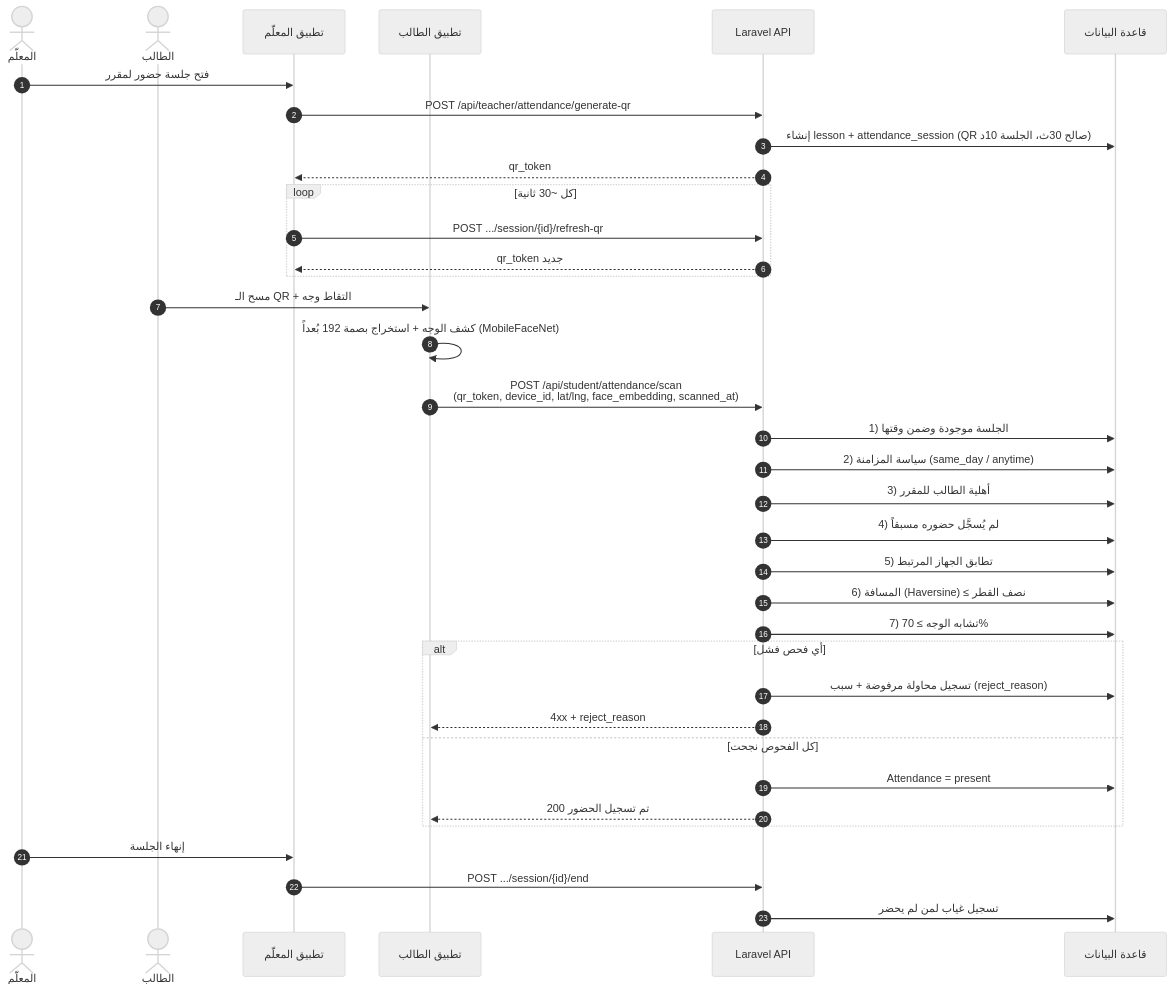
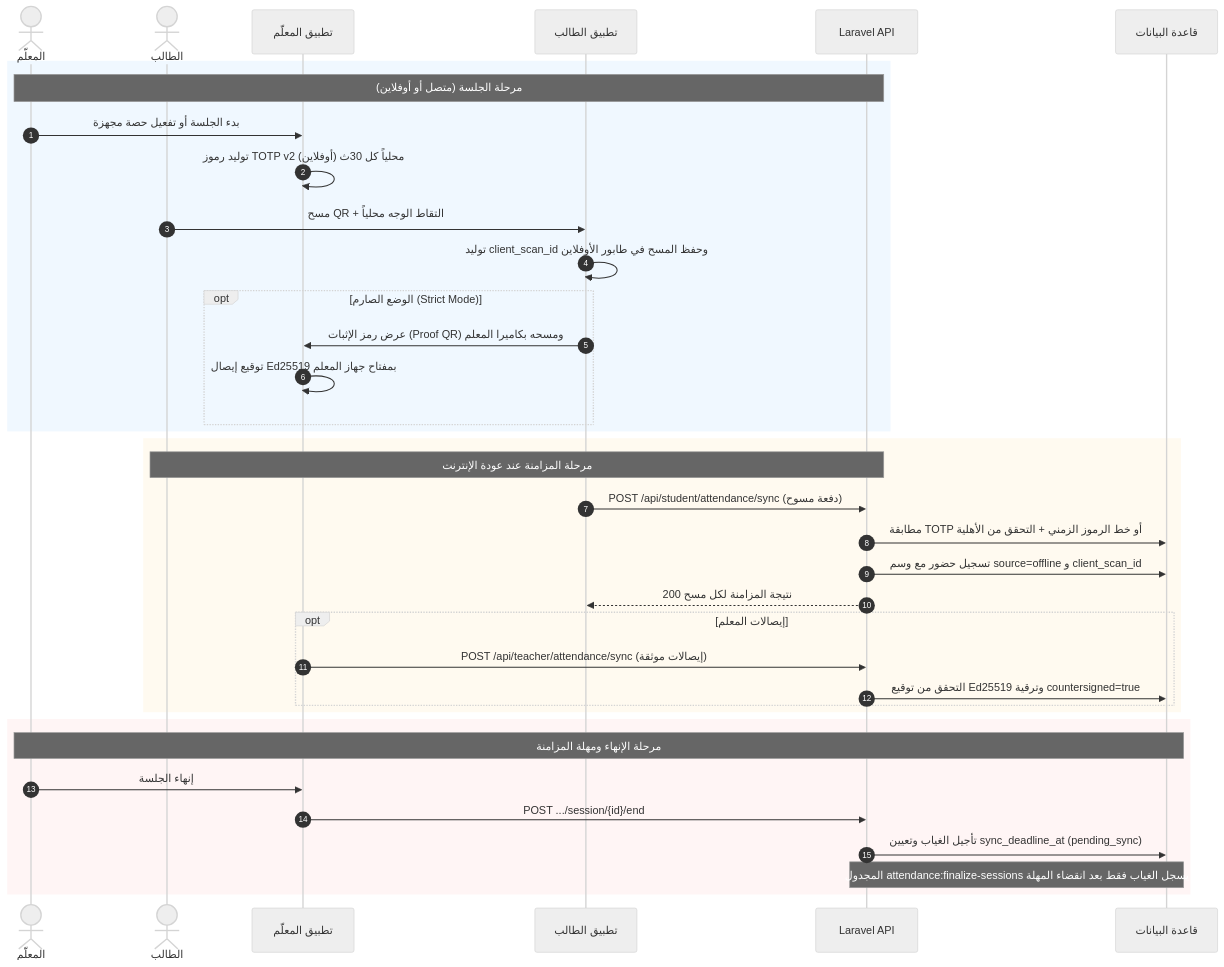
One commit to majdoulee2006/edu_bridge_backend changed the third of 7 diagrams in docs/ar/05-key-flows.md. Above: the diagram before and after it, drawn with Mermaid (neutral theme). The commit also changed other lines of this file and 2 other files, not shown here.

Commit message:
docs(attendance): document offline attendance architecture and security flows

````diff
--- a/docs/ar/05-key-flows.md
+++ b/docs/ar/05-key-flows.md
@@ -67,39 +77,42 @@
 ```mermaid
 sequenceDiagram
     autonumber
     actor Tch as المعلّم
     actor Stu as الطالب
     participant TA as تطبيق المعلّم
     participant SA as تطبيق الطالب
     participant API as Laravel API
     participant DB as قاعدة البيانات
 
-    Tch->>TA: فتح جلسة حضور لمقرر
-    TA->>API: POST /api/teacher/attendance/generate-qr
-    API->>DB: إنشاء lesson + attendance_session (QR صالح 30ث، الجلسة 10د)
-    API-->>TA: qr_token
-    loop كل ~30 ثانية
-        TA->>API: POST .../session/{id}/refresh-qr
-        API-->>TA: qr_token جديد
+    rect rgb(240, 248, 255)
+    Note over Tch,API: مرحلة الجلسة (متصل أو أوفلاين)
+    Tch->>TA: بدء الجلسة أو تفعيل حصة مجهزة
+    TA->>TA: توليد رموز TOTP v2 محلياً كل 30ث (أوفلاين)
+    Stu->>SA: مسح QR + التقاط الوجه محلياً
+    SA->>SA: توليد client_scan_id وحفظ المسح في طابور الأوفلاين
+    opt الوضع الصارم (Strict Mode)
+        SA->>TA: عرض رمز الإثبات (Proof QR) ومسحه بكاميرا المعلم
+        TA->>TA: توقيع إيصال Ed25519 بمفتاح جهاز المعلم
     end
-    Stu->>SA: مسح الـ QR + التقاط وجه
-    SA->>SA: كشف الوجه + استخراج بصمة 192 بُعداً (MobileFaceNet)
-    SA->>API: POST /api/student/attendance/scan<br/>(qr_token, device_id, lat/lng, face_embedding, scanned_at)
-    API->>DB: 1) الجلسة موجودة وضمن وقتها
-    API->>DB: 2) سياسة المزامنة (same_day / anytime)
-    API->>DB: 3) أهلية الطالب للمقرر
-    API->>DB: 4) لم يُسجَّل حضوره مسبقاً
-    API->>DB: 5) تطابق الجهاز المرتبط
-    API->>DB: 6) المسافة (Haversine) ≤ نصف القطر
-    API->>DB: 7) تشابه الوجه ≥ 70%
-    alt أي فحص فشل
-        API->>DB: تسجيل محاولة مرفوضة + سبب (reject_reason)
-        API-->>SA: 4xx + reject_reason
-    else كل الفحوص نجحت
-        API->>DB: Attendance = present
-        API-->>SA: 200 تم تسجيل الحضور
     end
+
+    rect rgb(255, 250, 240)
+    Note over Stu,API: مرحلة المزامنة عند عودة الإنترنت
+    SA->>API: POST /api/student/attendance/sync (دفعة مسوح)
+    API->>DB: مطابقة TOTP أو خط الرموز الزمني + التحقق من الأهلية
+    API->>DB: تسجيل حضور مع وسم source=offline و client_scan_id
+    API-->>SA: 200 نتيجة المزامنة لكل مسح
+    opt إيصالات المعلم
+        TA->>API: POST /api/teacher/attendance/sync (إيصالات موثقة)
+        API->>DB: التحقق من توقيع Ed25519 وترقية countersigned=true
+    end
+    end
+
+    rect rgb(255, 245, 245)
+    Note over Tch,DB: مرحلة الإنهاء ومهلة المزامنة
     Tch->>TA: إنهاء الجلسة
     TA->>API: POST .../session/{id}/end
-    API->>DB: تسجيل غياب لمن لم يحضر
+    API->>DB: تأجيل الغياب وتعيين sync_deadline_at (pending_sync)
+    Note over API,DB: المجدول attendance:finalize-sessions يسجل الغياب فقط بعد انقضاء المهلة
+    end
 ```
````
